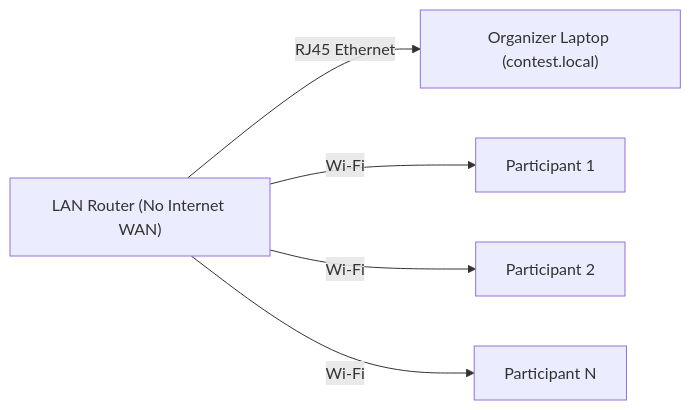
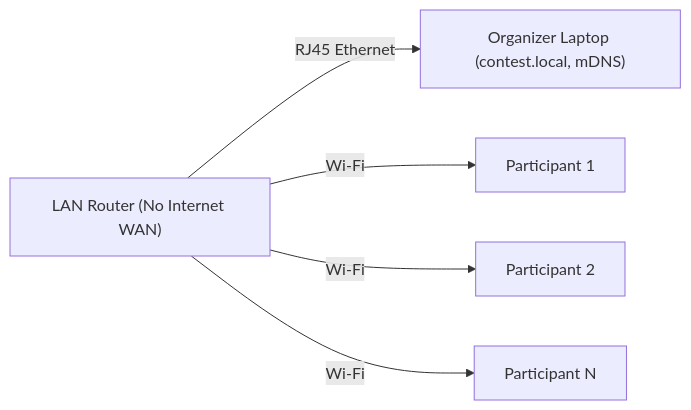
Before and after one commit to mrinmoyChakraborty-mrinox/ByteArena: the third of 8 diagrams in README.md, drawn with Mermaid. The commit also changed other lines of this file and 2 other files, not shown here.

Commit message:
feat: add detailed architecture documentation and execution roadmap

````diff
--- a/README.md
+++ b/README.md
@@ -77,13 +81,13 @@
 ```mermaid
 flowchart LR
     R["LAN Router (No Internet WAN)"]
-    OL["Organizer Laptop (contest.local)"]
+    OL["Organizer Laptop (contest.local, mDNS)"]
     P1["Participant 1"]
     P2["Participant 2"]
     PN["Participant N"]
 
     R -->|RJ45 Ethernet| OL
     R -->|Wi-Fi| P1
     R -->|Wi-Fi| P2
     R -->|Wi-Fi| PN
 ```
````
